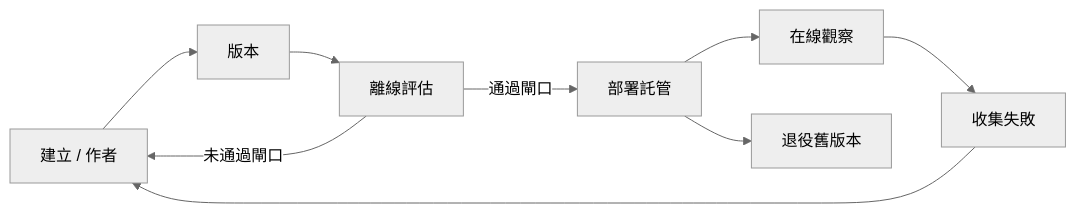
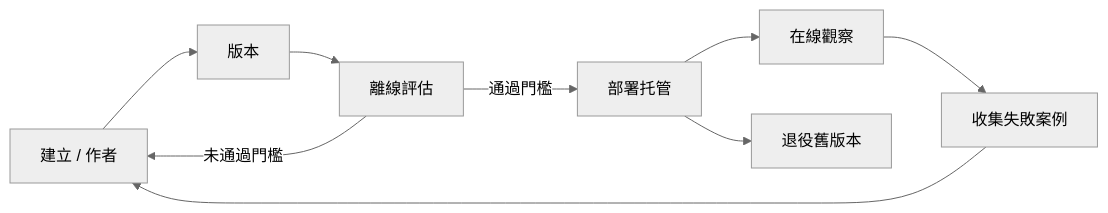
Before and after one commit to gabrielmoreira/agent-skills-mirror: the second of 4 diagrams in mirrors/repos/microsoft@ai-agents-for-beginners/translations/zh-MO/16-deploying-scalable-agents/README.md, drawn with Mermaid (neutral theme). The commit also changed other lines of this file and 4262 other files, not shown here.

````diff
--- a/mirrors/repos/microsoft@ai-agents-for-beginners/translations/zh-MO/16-deploying-scalable-agents/README.md
+++ b/mirrors/repos/microsoft@ai-agents-for-beginners/translations/zh-MO/16-deploying-scalable-agents/README.md
@@ -108,11 +108,11 @@
 ```mermaid
 flowchart LR
     Create[建立 / 作者] --> Version[版本]
     Version --> Evaluate[離線評估]
-    Evaluate -->|通過閘口| Deploy[部署託管]
-    Evaluate -->|未通過閘口| Create
+    Evaluate -->|通過門檻| Deploy[部署托管]
+    Evaluate -->|未通過門檻| Create
     Deploy --> Observe[在線觀察]
-    Observe --> Improve[收集失敗]
+    Observe --> Improve[收集失敗案例]
     Improve --> Create
     Deploy --> Retire[退役舊版本]
 ```
````
